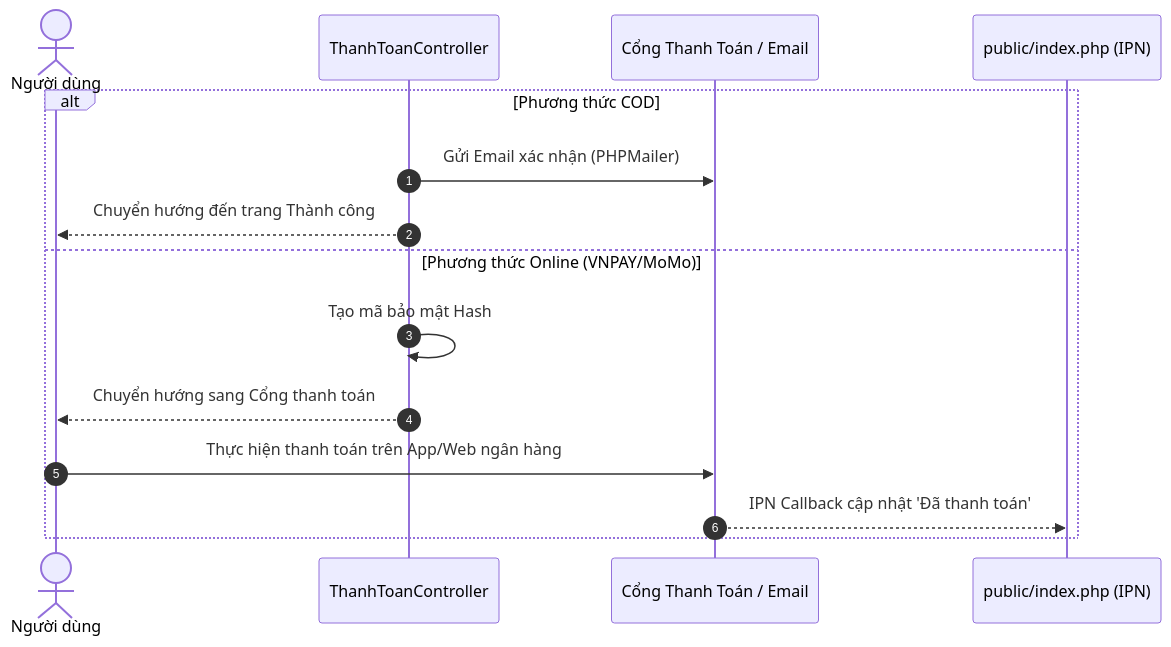
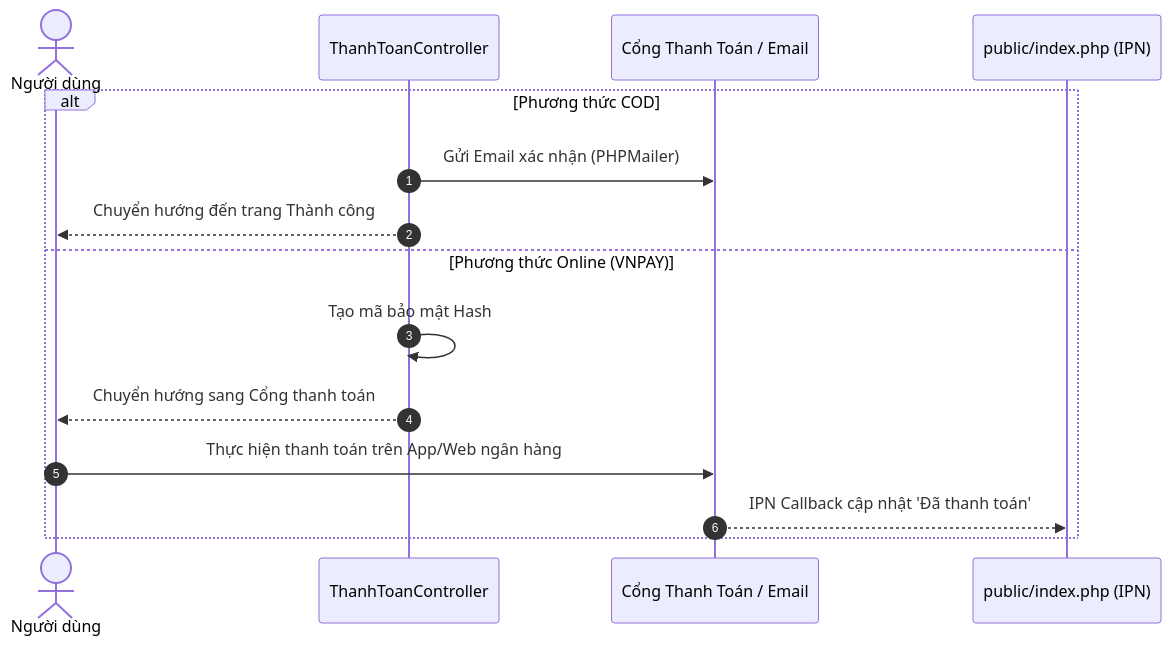
Before and after one commit to chinhngprit/process-diagram_web01: the fourth of 4 diagrams in Quy-trinh-dat-hang/sequence-diagram.md, drawn with Mermaid.

Commit message:
sequence diagram

````diff
--- a/Quy-trinh-dat-hang/sequence-diagram.md
+++ b/Quy-trinh-dat-hang/sequence-diagram.md
@@ -70,18 +70,18 @@
 ```mermaid
 sequenceDiagram
     autonumber
     actor User as Người dùng
     participant Ctrl as ThanhToanController
     participant 3rd as Cổng Thanh Toán / Email
     participant Router as public/index.php (IPN)
 
     alt Phương thức COD
         Ctrl->>3rd: Gửi Email xác nhận (PHPMailer)
         Ctrl-->>User: Chuyển hướng đến trang Thành công
-    else Phương thức Online (VNPAY/MoMo)
+    else Phương thức Online (VNPAY)
         Ctrl->>Ctrl: Tạo mã bảo mật Hash
         Ctrl-->>User: Chuyển hướng sang Cổng thanh toán
         User->>3rd: Thực hiện thanh toán trên App/Web ngân hàng
         3rd-->>Router: IPN Callback cập nhật 'Đã thanh toán'
     end
 ```
````
